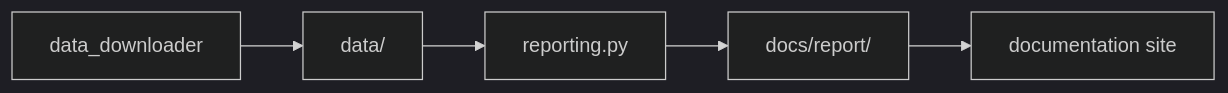
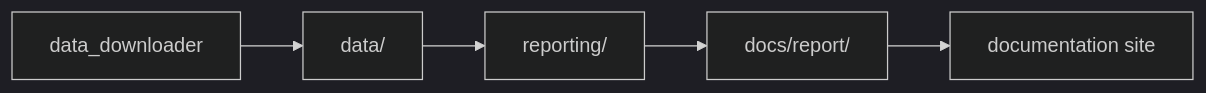
Before and after one commit to bijux/bijux-pollenomics: the diagram in docs/05-architecture/index.md, drawn with Mermaid (dark theme). The commit also changed 3 other files, not shown here.

Commit message:
docs(architecture): describe the reporting package layout

````diff
--- a/docs/05-architecture/index.md
+++ b/docs/05-architecture/index.md
@@ -22,7 +22,7 @@
 ```mermaid
 flowchart LR
     Downloader[data_downloader] --> DataTree[data/]
-    DataTree --> Reporting[reporting.py]
+    DataTree --> Reporting[reporting/]
     Reporting --> DocsReport[docs/report/]
     DocsReport --> MkDocs[documentation site]
 ```
````
